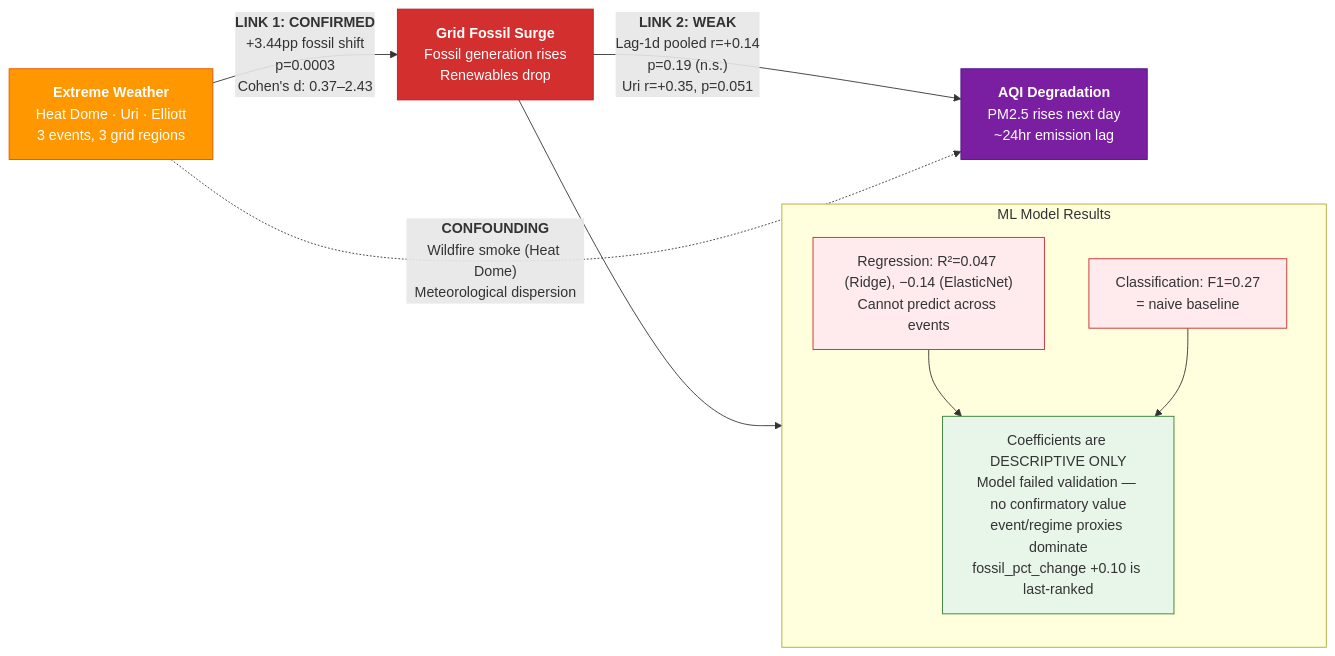
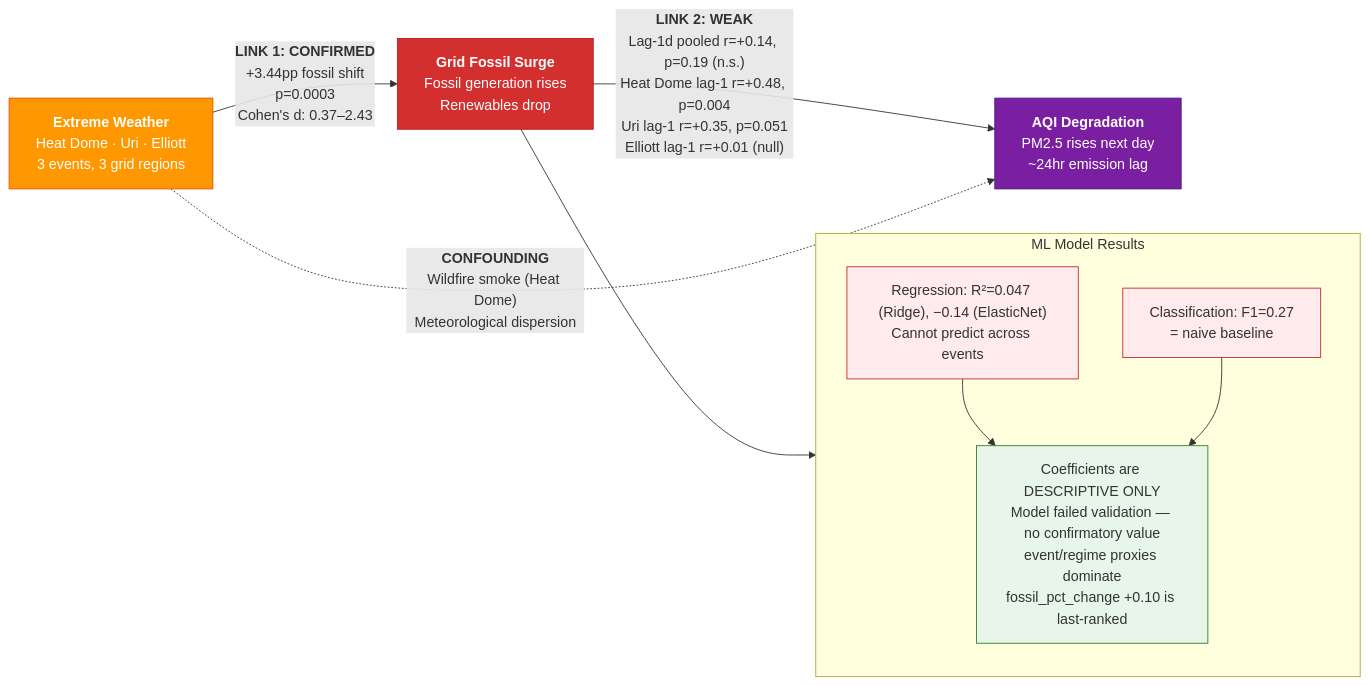
Before and after one commit to riyer-pitsoftware/climatepulse: the third of 4 diagrams in docs/model_training_guide.md, drawn with Mermaid. The commit also changed other lines of this file, not shown here.

First line of the commit message:
fix: address refresh critique — correct Uri over-centering, clarify stats/model boundary

````diff
--- a/docs/model_training_guide.md
+++ b/docs/model_training_guide.md
@@ -202,28 +202,28 @@
 ```mermaid
 flowchart LR
     W["<b>Extreme Weather</b><br/>Heat Dome · Uri · Elliott<br/>3 events, 3 grid regions"]
     W -- "<b>LINK 1: CONFIRMED</b><br/>+3.44pp fossil shift<br/>p=0.0003<br/>Cohen's d: 0.37–2.43" --> G
     G["<b>Grid Fossil Surge</b><br/>Fossil generation rises<br/>Renewables drop"]
-    G -- "<b>LINK 2: WEAK</b><br/>Lag-1d pooled r=+0.14<br/>p=0.19 (n.s.)<br/>Uri r=+0.35, p=0.051" --> A
+    G -- "<b>LINK 2: WEAK</b><br/>Lag-1d pooled r=+0.14, p=0.19 (n.s.)<br/>Heat Dome lag-1 r=+0.48, p=0.004<br/>Uri lag-1 r=+0.35, p=0.051<br/>Elliott lag-1 r=+0.01 (null)" --> A
     A["<b>AQI Degradation</b><br/>PM2.5 rises next day<br/>~24hr emission lag"]
 
     W -. "<b>CONFOUNDING</b><br/>Wildfire smoke (Heat Dome)<br/>Meteorological dispersion" .-> A
 
     subgraph model ["ML Model Results"]
         direction TB
         M1["Regression: R²=0.047 (Ridge), −0.14 (ElasticNet)<br/>Cannot predict across events"]
         M2["Classification: F1=0.27<br/>= naive baseline"]
         M3["Coefficients are DESCRIPTIVE ONLY<br/>Model failed validation — no confirmatory value<br/>event/regime proxies dominate<br/>fossil_pct_change +0.10 is last-ranked"]
         M1 --> M3
         M2 --> M3
     end
 
     G --> model
 
     style W fill:#ff9800,color:#fff,stroke:#e65100
     style G fill:#d32f2f,color:#fff,stroke:#b71c1c
     style A fill:#7b1fa2,color:#fff,stroke:#4a148c
     style M1 fill:#ffebee,stroke:#c62828
     style M2 fill:#ffebee,stroke:#c62828
     style M3 fill:#e8f5e9,stroke:#2e7d32
 ```
````
